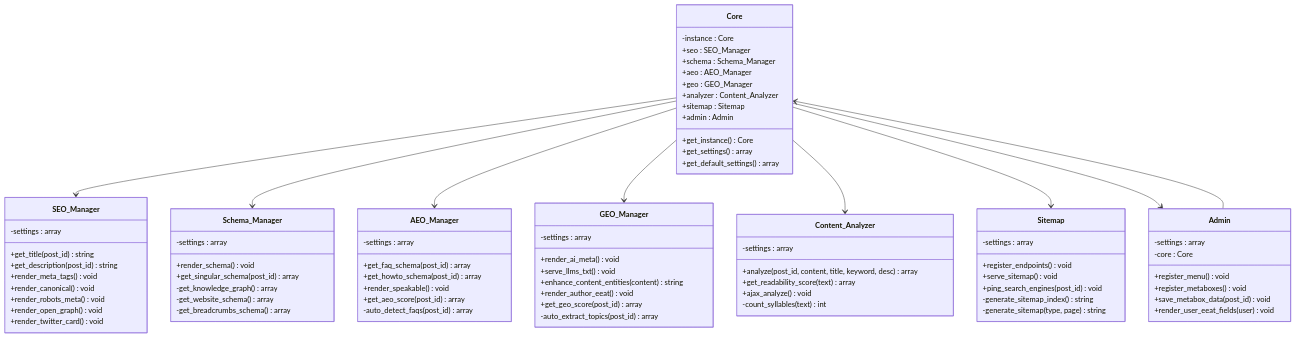
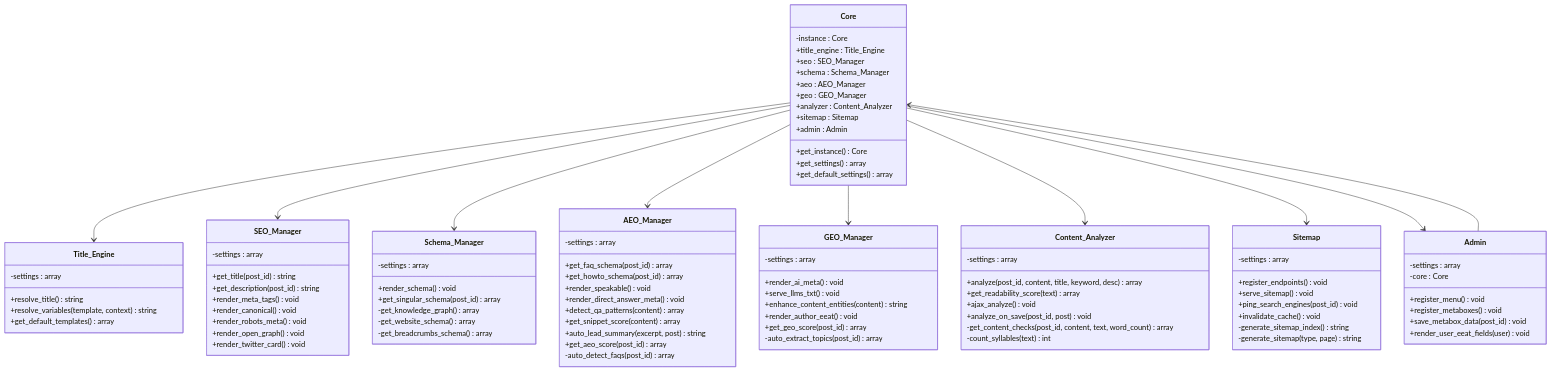
The third of 12 diagrams in README.md (CptNope/JAT-Search-Intel), drawn with Mermaid before and after one commit. The commit also changed other lines of this file and 18 other files, not shown here.

Commit message:
add v1.1.0 release with title templates, analysis-on-save, expanded post fields, and sitemap caching

```diff
--- a/README.md
+++ b/README.md
@@ -143,6 +153,7 @@
 classDiagram
     class Core {
         -instance : Core
+        +title_engine : Title_Engine
         +seo : SEO_Manager
         +schema : Schema_Manager
         +aeo : AEO_Manager
@@ -153,6 +164,13 @@
         +get_instance() Core
         +get_settings() array
         +get_default_settings() array
+    }
+
+    class Title_Engine {
+        -settings : array
+        +resolve_title() string
+        +resolve_variables(template, context) string
+        +get_default_templates() array
     }
 
     class SEO_Manager {
@@ -180,6 +198,10 @@
         +get_faq_schema(post_id) array
         +get_howto_schema(post_id) array
         +render_speakable() void
+        +render_direct_answer_meta() void
+        +detect_qa_patterns(content) array
+        +get_snippet_score(content) array
+        +auto_lead_summary(excerpt, post) string
         +get_aeo_score(post_id) array
         -auto_detect_faqs(post_id) array
     }
@@ -199,6 +221,8 @@
         +analyze(post_id, content, title, keyword, desc) array
         +get_readability_score(text) array
         +ajax_analyze() void
+        +analyze_on_save(post_id, post) void
+        -get_content_checks(post_id, content, text, word_count) array
         -count_syllables(text) int
     }
 
@@ -207,6 +231,7 @@
         +register_endpoints() void
         +serve_sitemap() void
         +ping_search_engines(post_id) void
+        +invalidate_cache() void
         -generate_sitemap_index() string
         -generate_sitemap(type, page) string
     }
@@ -220,6 +245,7 @@
         +render_user_eeat_fields(user) void
     }
 
+    Core --> Title_Engine
     Core --> SEO_Manager
     Core --> Schema_Manager
     Core --> AEO_Manager
```
